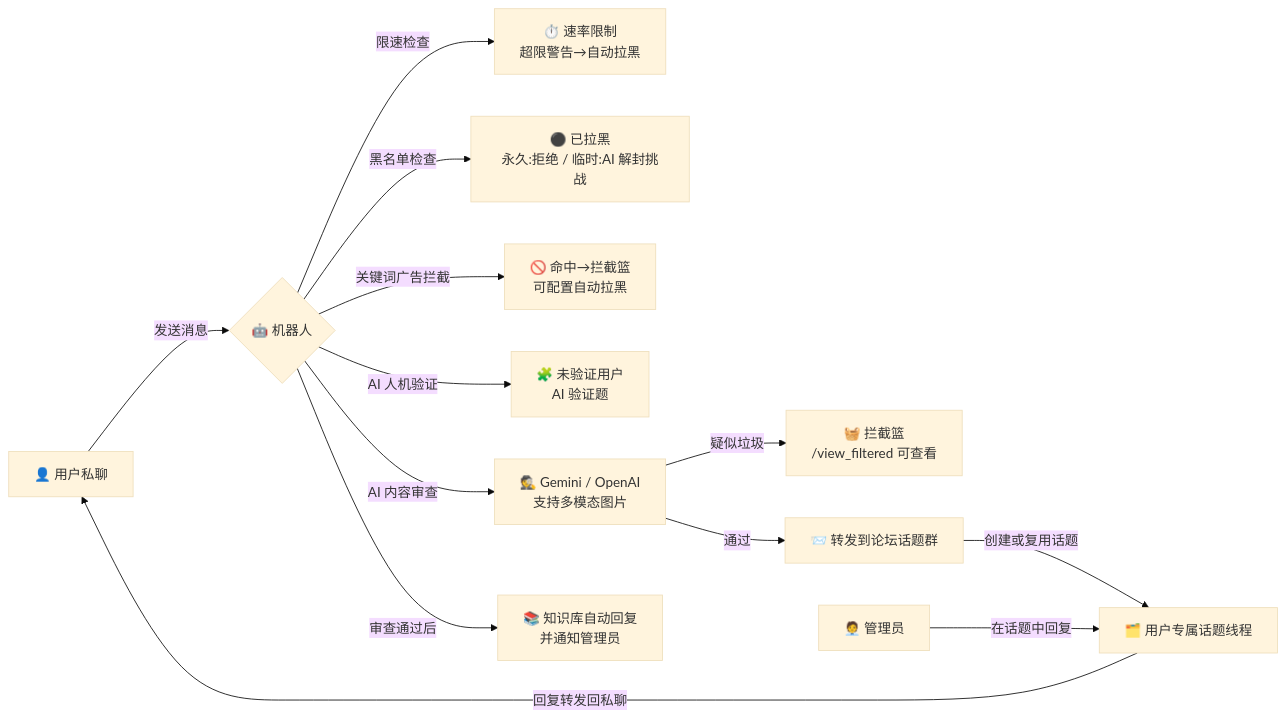
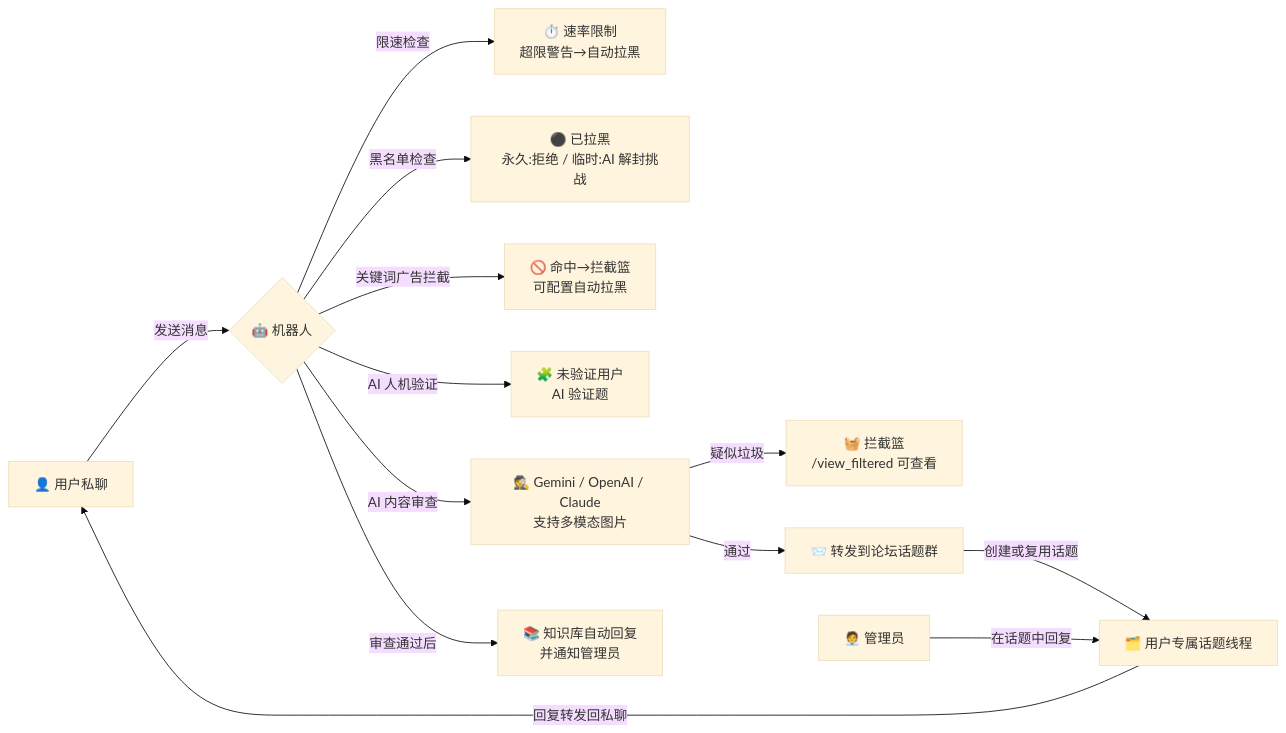
One commit to PivKeyU/pivkeyu_pmbot changed the diagram in README.md. Above: the diagram before and after it, drawn with Mermaid (base theme). The commit also changed other lines of this file and 33 other files, not shown here.

First line of the commit message:
feat: 新增 Claude 协议与图片验证码，移除已读表情并修复面板布局

````diff
--- a/README.md
+++ b/README.md
@@ -469,15 +473,15 @@
 ```mermaid
 flowchart LR
     U[👤 用户私聊] -->|发送消息| B{🤖 机器人}
     B -->|限速检查| RL[⏱️ 速率限制<br/>超限警告→自动拉黑]
     B -->|黑名单检查| BL[⚫ 已拉黑<br/>永久:拒绝 / 临时:AI 解封挑战]
     B -->|关键词广告拦截| SF[🚫 命中→拦截篮<br/>可配置自动拉黑]
     B -->|AI 人机验证| V[🧩 未验证用户<br/>AI 验证题]
-    B -->|AI 内容审查| AI[🕵️ Gemini / OpenAI<br/>支持多模态图片]
+    B -->|AI 内容审查| AI[🕵️ Gemini / OpenAI / Claude<br/>支持多模态图片]
     AI -->|疑似垃圾| FB[🧺 拦截篮<br/>/view_filtered 可查看]
     AI -->|通过| F[📨 转发到论坛话题群]
     F -->|创建或复用话题| T[🗂️ 用户专属话题线程]
     A[🧑‍💼 管理员] -->|在话题中回复| T
     T -->|回复转发回私聊| U
     B -->|审查通过后| AR[📚 知识库自动回复<br/>并通知管理员]
 ```
````
